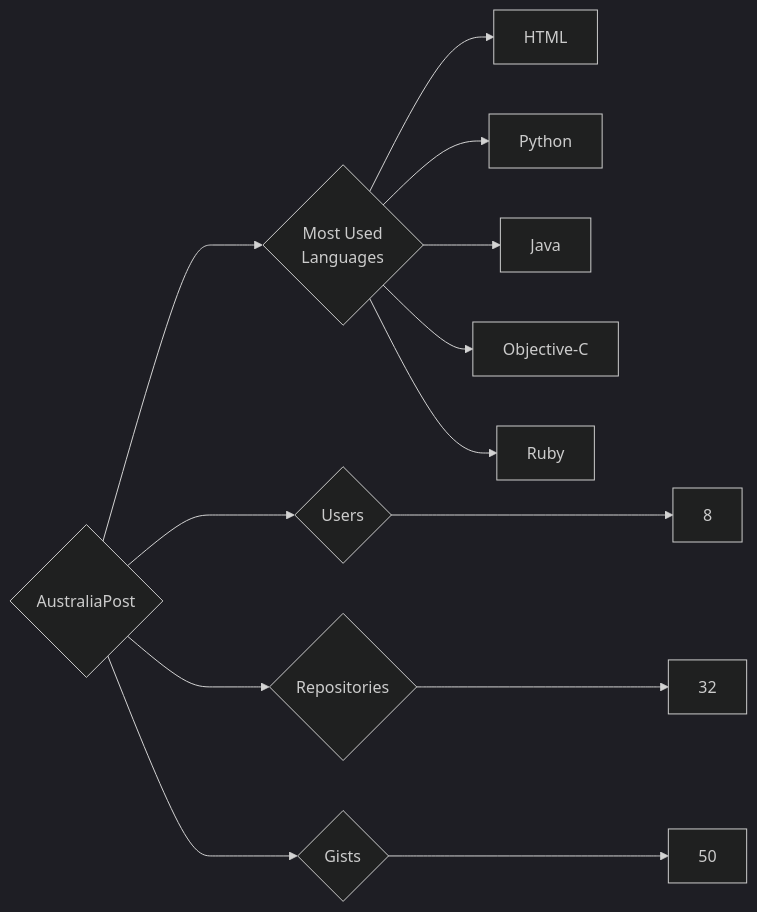
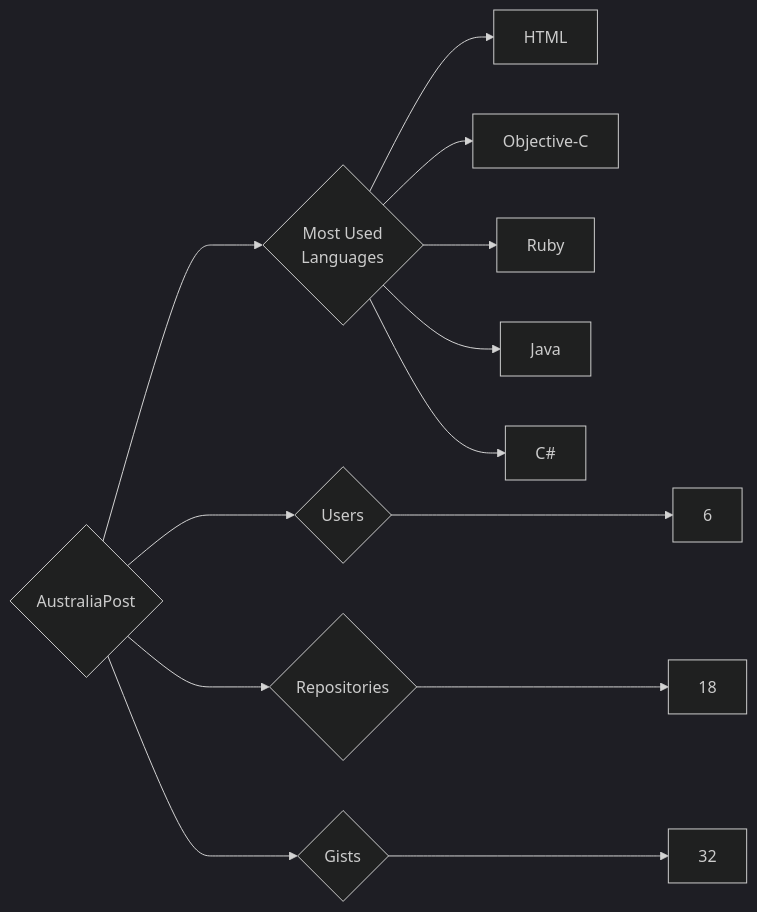
One commit to trickest/insiders changed the diagram in targets/AustraliaPost/README.md. Above: the diagram before and after it, drawn with Mermaid (dark theme). The commit also changed 933 other files, not shown here.

````diff
--- a/targets/AustraliaPost/README.md
+++ b/targets/AustraliaPost/README.md
@@ -3,13 +3,13 @@
 ```mermaid
 graph LR
 COMPANY_NAME{AustraliaPost}
-COMPANY_NAME ---> U{Users} ---> UN[8]
-COMPANY_NAME ---> R{Repositories} ---> RN[32]
-COMPANY_NAME ---> G{Gists} ---> GN[50]
+COMPANY_NAME ---> U{Users} ---> UN[6]
+COMPANY_NAME ---> R{Repositories} ---> RN[18]
+COMPANY_NAME ---> G{Gists} ---> GN[32]
 COMPANY_NAME ---> ML{Most Used<br>Languages}
 ML --> HTML[HTML]
-ML --> Python[Python]
-ML --> Java[Java]
 ML --> Objective-C[Objective-C]
 ML --> Ruby[Ruby]
+ML --> Java[Java]
+ML --> C#[C#]
 ```
````
